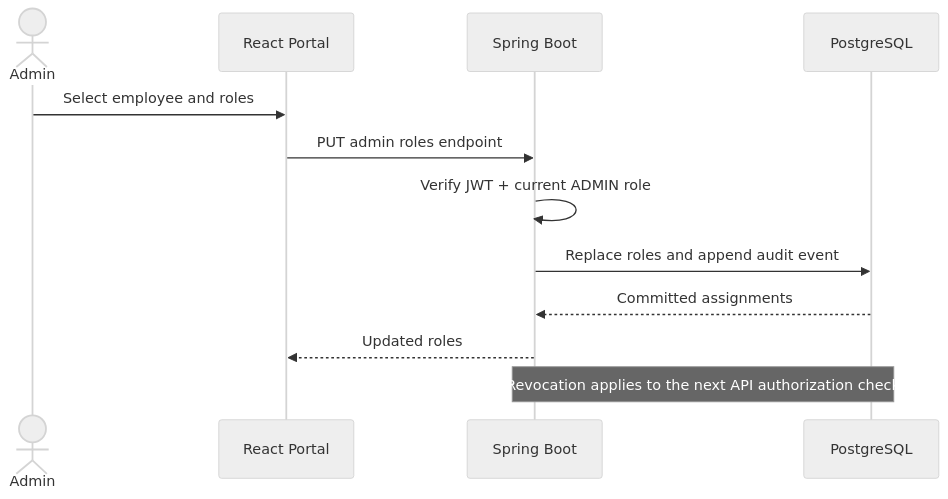
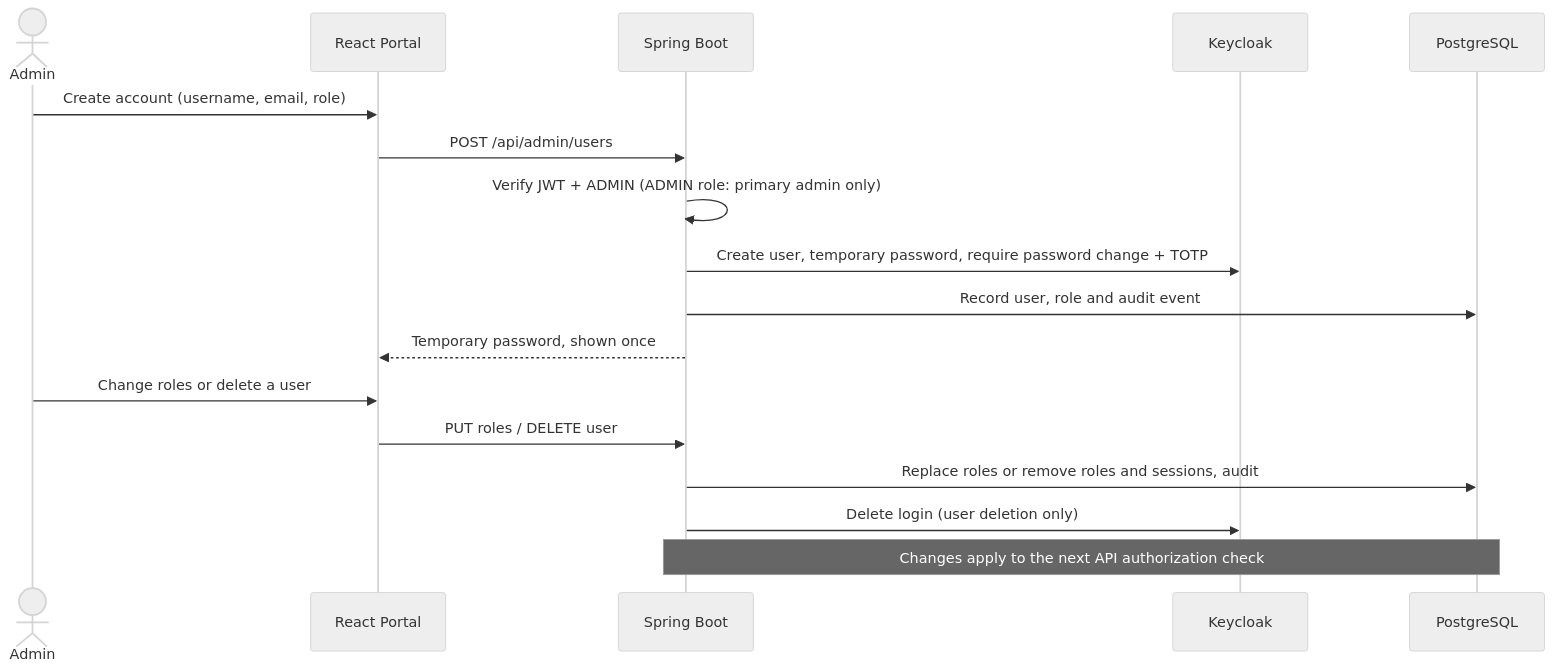
One commit to sagarparker/CMPE_272_PROJECT changed the third of 6 diagrams in README.md. Above: the diagram before and after it, drawn with Mermaid (neutral theme). The commit also changed other lines of this file, not shown here.

First line of the commit message:
docs(readme): align architecture and workflows with the implemented system

````diff
--- a/README.md
+++ b/README.md
@@ -142,14 +154,19 @@
 ```mermaid
 sequenceDiagram
     actor Admin
     participant UI as React Portal
     participant API as Spring Boot
+    participant IdP as Keycloak
     participant DB as PostgreSQL
-    Admin->>UI: Select employee and roles
-    UI->>API: PUT admin roles endpoint
-    API->>API: Verify JWT + current ADMIN role
-    API->>DB: Replace roles and append audit event
-    DB-->>API: Committed assignments
-    API-->>UI: Updated roles
-    Note over API,DB: Revocation applies to the next API authorization check
+    Admin->>UI: Create account (username, email, role)
+    UI->>API: POST /api/admin/users
+    API->>API: Verify JWT + ADMIN (ADMIN role: primary admin only)
+    API->>IdP: Create user, temporary password, require password change + TOTP
+    API->>DB: Record user, role and audit event
+    API-->>UI: Temporary password, shown once
+    Admin->>UI: Change roles or delete a user
+    UI->>API: PUT roles / DELETE user
+    API->>DB: Replace roles or remove roles and sessions, audit
+    API->>IdP: Delete login (user deletion only)
+    Note over API,DB: Changes apply to the next API authorization check
 ```
````
